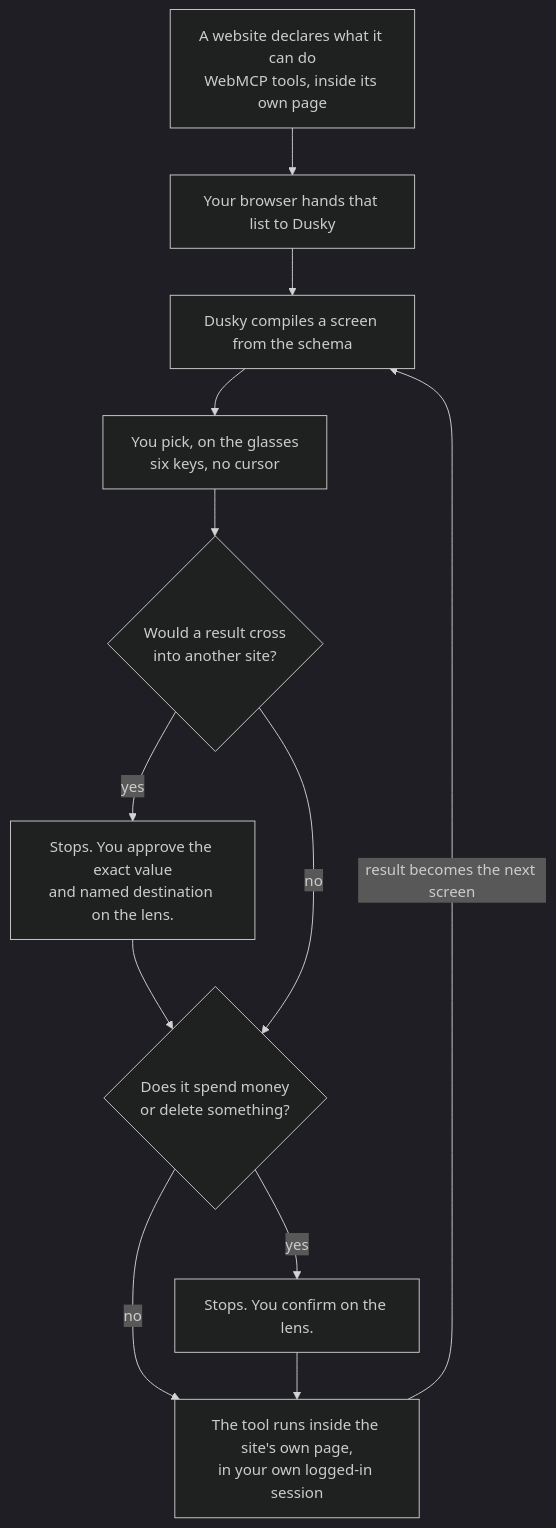
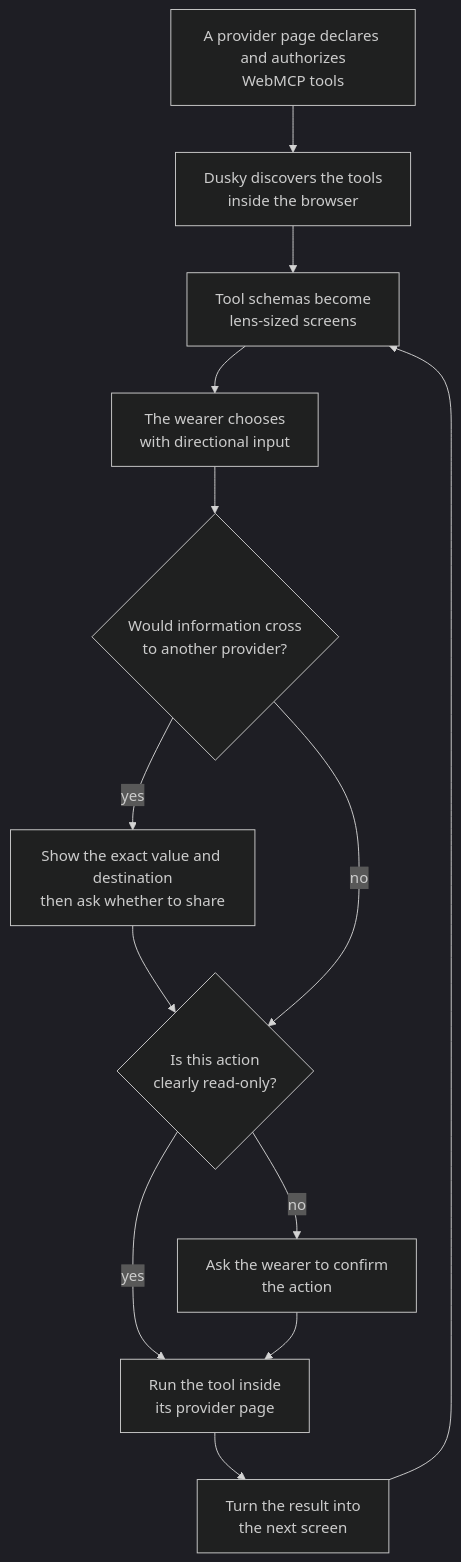
One commit to twinkling-reality/dusky changed the diagram in README.md. Above: the diagram before and after it, drawn with Mermaid (dark theme). The commit also changed other lines of this file, not shown here.

Commit message:
Explain why WebMCP belongs on smart glasses

````diff
--- a/README.md
+++ b/README.md
@@ -81,19 +85,20 @@
 ```mermaid
 flowchart TD
-  S["A website declares what it can do<br/>WebMCP tools, inside its own page"]
-  B["Your browser hands that list to Dusky"]
-  C["Dusky compiles a screen from the schema"]
-  G["You pick, on the glasses<br/>six keys, no cursor"]
-  T{"Would a result cross<br/>into another site?"}
-  H["Stops. You approve the exact value<br/>and named destination on the lens."]
-  P{"Does it spend money<br/>or delete something?"}
-  K["Stops. You confirm on the lens."]
-  R["The tool runs inside the site's own page,<br/>in your own logged-in session"]
+  P["A provider page declares and authorizes<br/>WebMCP tools"]
+  C["Dusky discovers the tools<br/>inside the browser"]
+  F["Tool schemas become<br/>lens-sized screens"]
+  W["The wearer chooses<br/>with directional input"]
+  X{"Would information cross<br/>to another provider?"}
+  T["Show the exact value and destination<br/>then ask whether to share"]
+  R{"Is this action<br/>clearly read-only?"}
+  A["Ask the wearer to confirm<br/>the action"]
+  I["Run the tool inside<br/>its provider page"]
+  N["Turn the result into<br/>the next screen"]
 
-  S --> B --> C --> G --> T
-  T -- yes --> H --> P
-  T -- no --> P
-  P -- no --> R
-  P -- yes --> K --> R
-  R -- "result becomes the next screen" --> C
+  P --> C --> F --> W --> X
+  X -- yes --> T --> R
+  X -- no --> R
+  R -- yes --> I
+  R -- no --> A --> I
+  I --> N --> F
 ```
````
